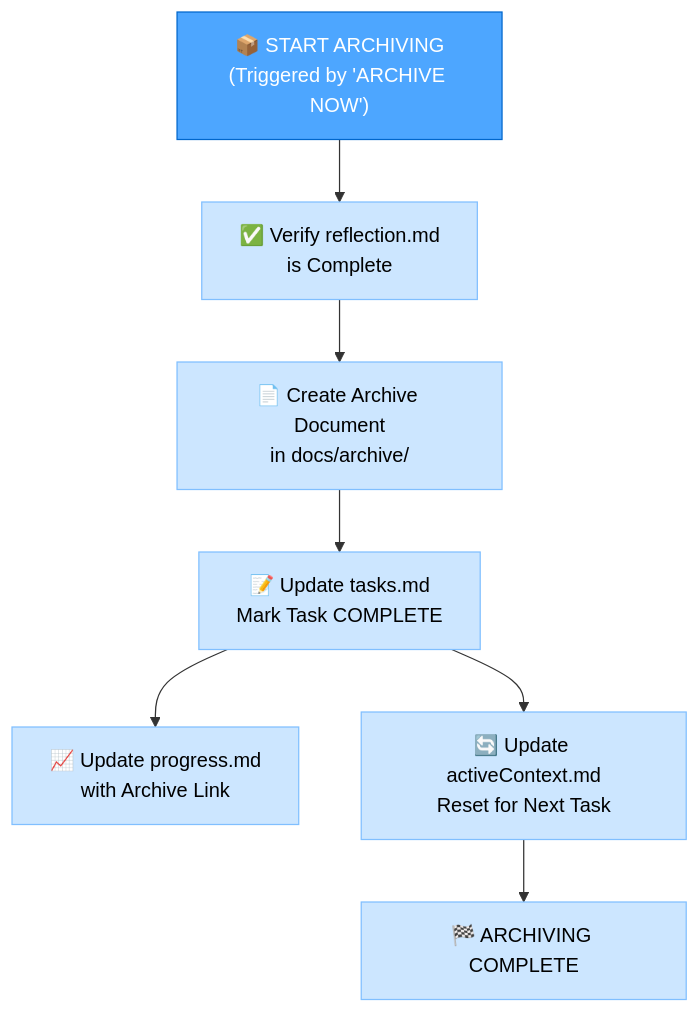
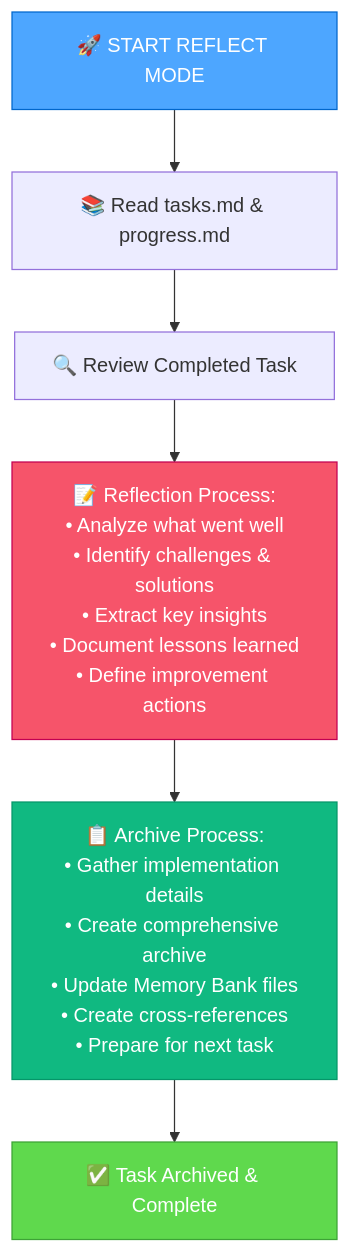
Before and after one commit to zhengguangli/chatbot: the diagram in custom_modes/reflect_archive_instructions.md, drawn with Mermaid. The commit also changed other lines of this file and 9 other files, not shown here.

````diff
--- a/custom_modes/reflect_archive_instructions.md
+++ b/custom_modes/reflect_archive_instructions.md
@@ -142,17 +5,20 @@
 ```mermaid
 graph TD
-    ArchiveStart["📦 START ARCHIVING<br>(Triggered by 'ARCHIVE NOW')"] --> Verify["✅ Verify reflection.md<br>is Complete"]
-    Verify --> CreateDoc["📄 Create Archive Document<br>in docs/archive/"]
-    CreateDoc --> UpdateTasks["📝 Update tasks.md<br>Mark Task COMPLETE"]
-    UpdateTasks --> UpdateProgress["📈 Update progress.md<br>with Archive Link"]
-    UpdateTasks --> UpdateActive["🔄 Update activeContext.md<br>Reset for Next Task"]
-    UpdateActive --> Complete["🏁 ARCHIVING COMPLETE"]
-
-    style ArchiveStart fill:#4da6ff,stroke:#0066cc,color:white
-    style Verify fill:#cce6ff,stroke:#80bfff,color:black
-    style CreateDoc fill:#cce6ff,stroke:#80bfff,color:black
-    style UpdateTasks fill:#cce6ff,stroke:#80bfff,color:black
-    style UpdateProgress fill:#cce6ff,stroke:#80bfff,color:black
-    style UpdateActive fill:#cce6ff,stroke:#80bfff,color:black
-    style Complete fill:#cce6ff,stroke:#80bfff,color:black
+    Start["🚀 START REFLECT MODE"] --> ReadDocs["📚 Read tasks.md & progress.md"]
+    ReadDocs --> ReviewTask["🔍 Review Completed Task"]
+    
+    %% Reflection Process
+    ReviewTask --> ReflectProcess["📝 Reflection Process:<br>• Analyze what went well<br>• Identify challenges & solutions<br>• Extract key insights<br>• Document lessons learned<br>• Define improvement actions"]
+    
+    %% Archive Process  
+    ReflectProcess --> ArchiveProcess["📋 Archive Process:<br>• Gather implementation details<br>• Create comprehensive archive<br>• Update Memory Bank files<br>• Create cross-references<br>• Prepare for next task"]
+    
+    %% Completion
+    ArchiveProcess --> Complete["✅ Task Archived & Complete"]
+    
+    %% Styling
+    style Start fill:#4da6ff,stroke:#0066cc,color:white
+    style ReflectProcess fill:#f6546a,stroke:#c30052,color:white
+    style ArchiveProcess fill:#10b981,stroke:#059669,color:white
+    style Complete fill:#5fd94d,stroke:#3da336,color:white
 ```
````
